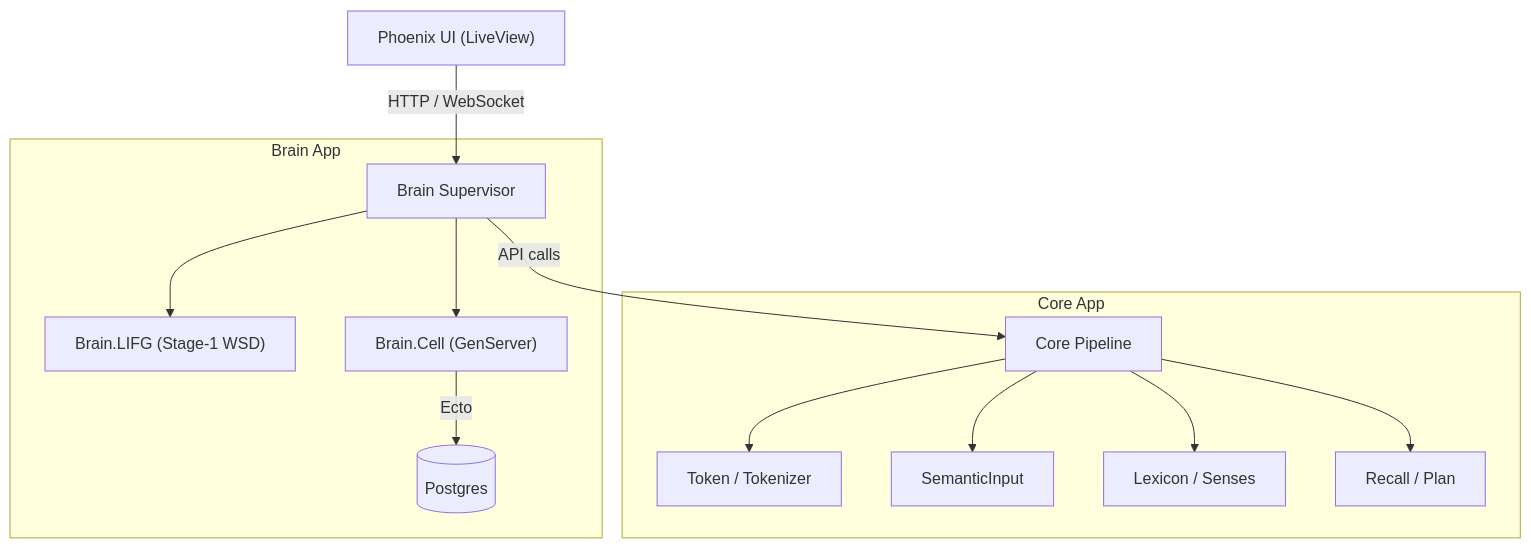
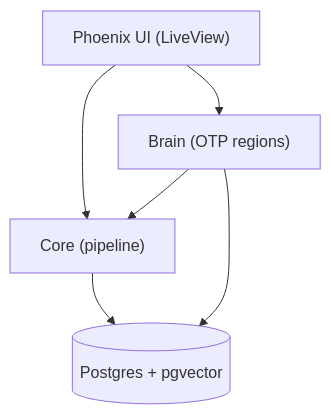
Before and after one commit to bushman77/Symbrella: the diagram in README.md, drawn with Mermaid. The commit also changed other lines of this file and 4 other files, not shown here.

````diff
--- a/README.md
+++ b/README.md
@@ -36,25 +53,13 @@
 ```mermaid
 flowchart TD
   A["Phoenix UI (LiveView)"]
-  B["Brain Supervisor"]
-  C["Core Pipeline"]
-  D[(Postgres)]
+  B["Brain (OTP regions)"]
+  C["Core (pipeline)"]
+  D[(Postgres + pgvector)]
 
-  A -->|HTTP / WebSocket| B
-
-  subgraph E["Brain App"]
-    B --> F["Brain.LIFG (Stage-1 WSD)"]
-    B --> G["Brain.Cell (GenServer)"]
-    G -->|Ecto| D
-  end
-
-  B -->|API calls| C
-
-  subgraph H["Core App"]
-    C --> I["Token / Tokenizer"]
-    C --> J["SemanticInput"]
-    C --> K["Lexicon / Senses"]
-    C --> L["Recall / Plan"]
-  end
-
+  A --> B
+  A --> C
+  B --> C
+  C --> D
+  B --> D
 ```
````
